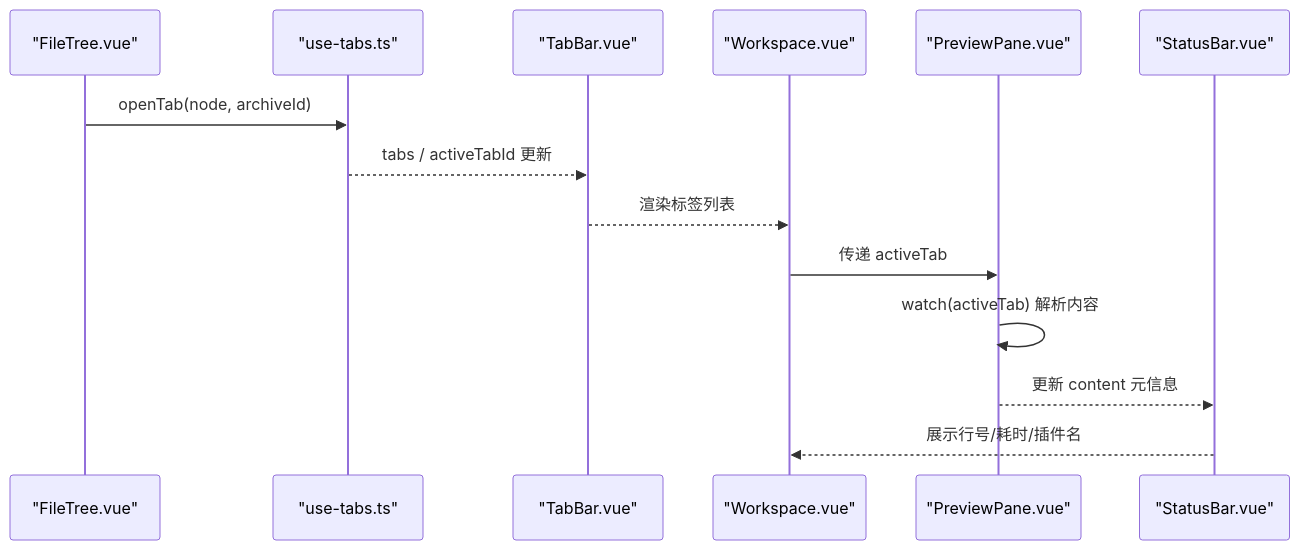
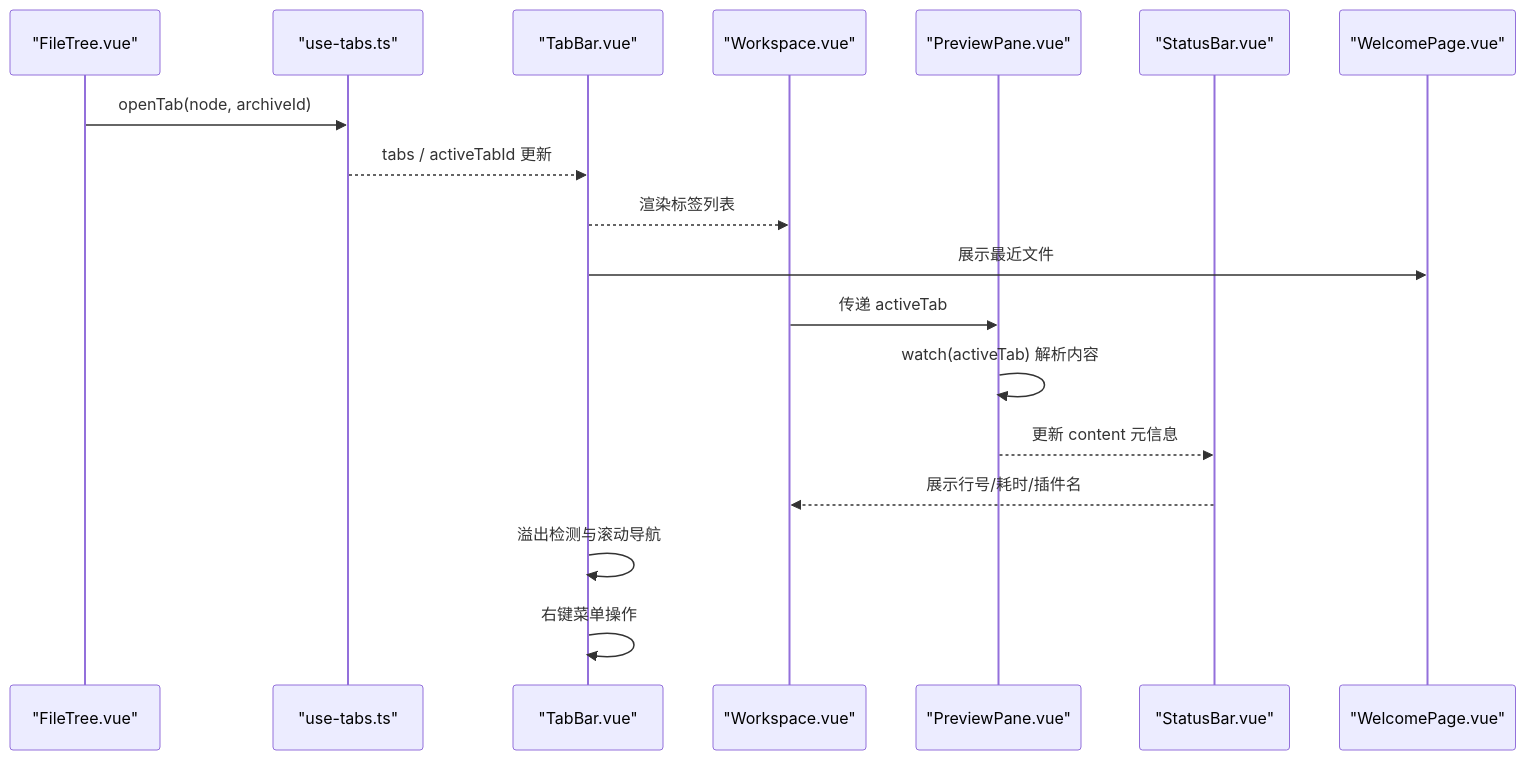
One commit to taoweidong/Hello-Tauri changed the second of 7 diagrams in .qoder/repowiki/zh/content/用户界面/核心组件/工作区组件/标签栏组件.md. Above: the diagram before and after it, drawn with Mermaid. The commit also changed other lines of this file and 67 other files, not shown here.

````diff
--- a/.qoder/repowiki/zh/content/用户界面/核心组件/工作区组件/标签栏组件.md
+++ b/.qoder/repowiki/zh/content/用户界面/核心组件/工作区组件/标签栏组件.md
@@ -99,16 +123,20 @@
 ```mermaid
 sequenceDiagram
 participant FT as "FileTree.vue"
 participant TM as "use-tabs.ts"
 participant TB as "TabBar.vue"
 participant WS as "Workspace.vue"
 participant PP as "PreviewPane.vue"
 participant SB as "StatusBar.vue"
+participant WP as "WelcomePage.vue"
 FT->>TM : openTab(node, archiveId)
 TM-->>TB : tabs / activeTabId 更新
 TB-->>WS : 渲染标签列表
+TB->>WP : 展示最近文件
 WS->>PP : 传递 activeTab
 PP->>PP : watch(activeTab) 解析内容
 PP-->>SB : 更新 content 元信息
 SB-->>WS : 展示行号/耗时/插件名
+TB->>TB : 溢出检测与滚动导航
+TB->>TB : 右键菜单操作
 ```
````
